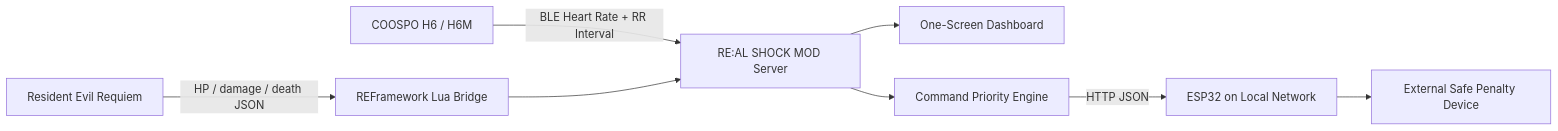
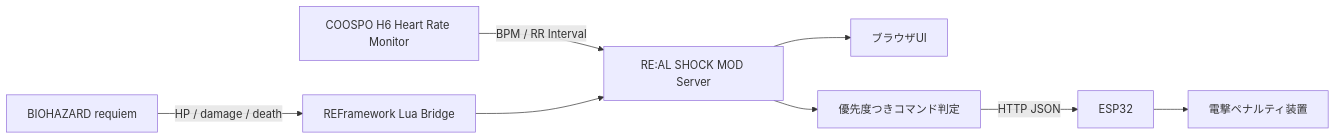
Before and after one commit to Saisei2004/real-shock-mod: the diagram in README.md, drawn with Mermaid. The commit also changed other lines of this file and 8 other files, not shown here.

````diff
--- a/README.md
+++ b/README.md
@@ -38,10 +37,10 @@
 ```mermaid
 flowchart LR
-    A["Resident Evil Requiem"] -->|"HP / damage / death JSON"| B["REFramework Lua Bridge"]
-    C["COOSPO H6 / H6M"] -->|"BLE Heart Rate + RR Interval"| D["RE:AL SHOCK MOD Server"]
+    A["BIOHAZARD requiem"] -->|"HP / damage / death"| B["REFramework Lua Bridge"]
+    C["COOSPO H6 Heart Rate Monitor"] -->|"BPM / RR Interval"| D["RE:AL SHOCK MOD Server"]
     B --> D
-    D --> E["One-Screen Dashboard"]
-    D --> F["Command Priority Engine"]
-    F -->|"HTTP JSON"| G["ESP32 on Local Network"]
-    G --> H["External Safe Penalty Device"]
+    D --> E["ブラウザUI"]
+    D --> F["優先度つきコマンド判定"]
+    F -->|"HTTP JSON"| G["ESP32"]
+    G --> H["電撃ペナルティ装置"]
 ```
````
